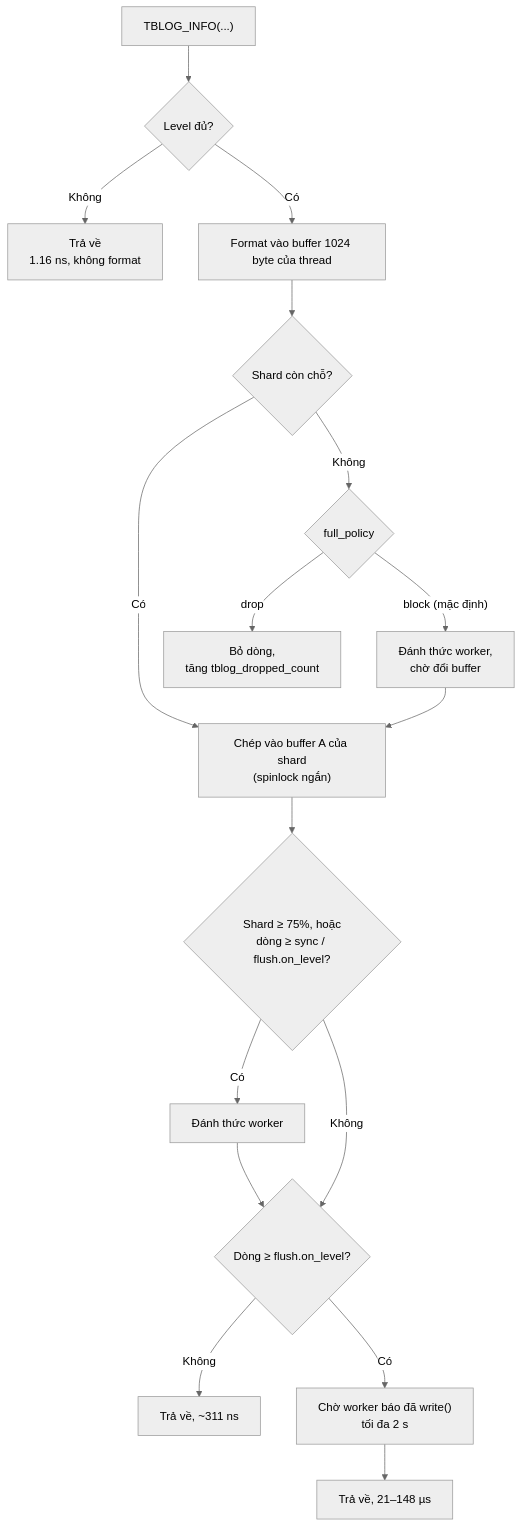
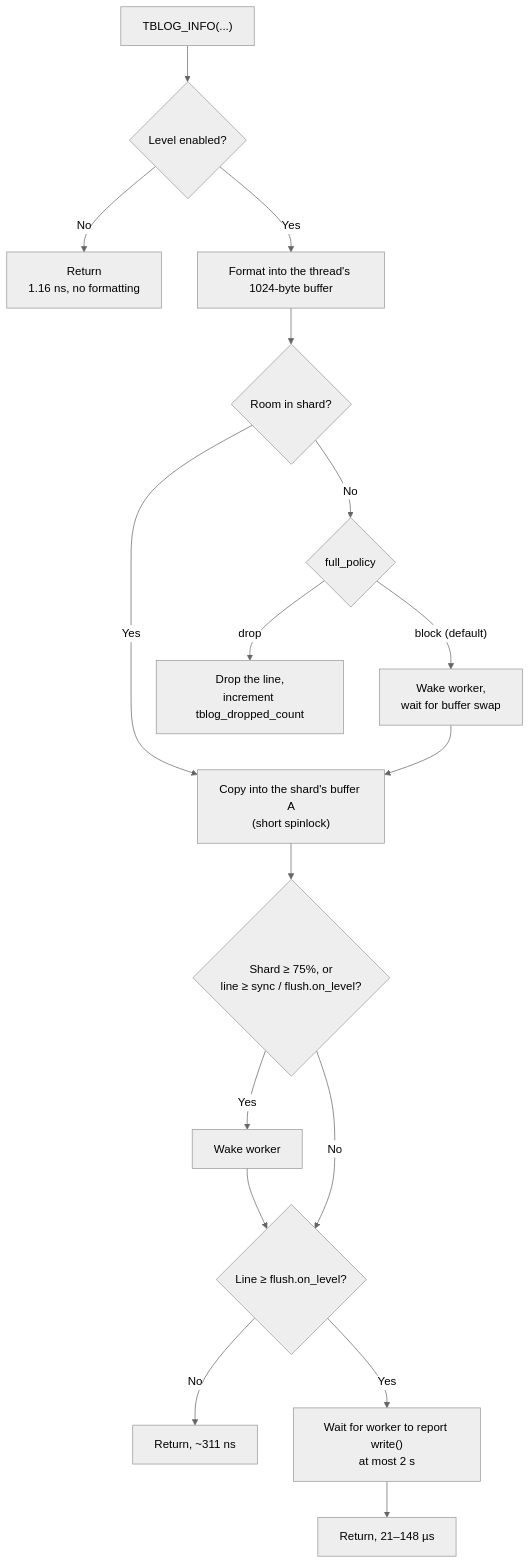
One commit to TieuBao168/tblog changed the second of 5 diagrams in docs/architecture.md. Above: the diagram before and after it, drawn with Mermaid (neutral theme). The commit also changed other lines of this file and 19 other files, not shown here.

````diff
--- a/docs/architecture.md
+++ b/docs/architecture.md
@@ -38,16 +40,16 @@
 ```mermaid
 flowchart TD
-    A["TBLOG_INFO(...)"] --> L{"Level đủ?"}
-    L -->|"Không"| X["Trả về<br/>1.16 ns, không format"]
-    L -->|"Có"| FMT["Format vào buffer 1024 byte của thread"]
-    FMT --> R{"Shard còn chỗ?"}
-    R -->|"Có"| CP["Chép vào buffer A của shard<br/>(spinlock ngắn)"]
-    R -->|"Không"| P{"full_policy"}
-    P -->|"block (mặc định)"| WT["Đánh thức worker,<br/>chờ đổi buffer"] --> CP
-    P -->|"drop"| DR["Bỏ dòng,<br/>tăng tblog_dropped_count"]
-    CP --> T{"Shard ≥ 75%, hoặc<br/>dòng ≥ sync / flush.on_level?"}
-    T -->|"Có"| WK["Đánh thức worker"] --> FL
-    T -->|"Không"| FL{"Dòng ≥ flush.on_level?"}
-    FL -->|"Không"| OK["Trả về, ~311 ns"]
-    FL -->|"Có"| WW["Chờ worker báo đã write()<br/>tối đa 2 s"] --> OK2["Trả về, 21–148 µs"]
+    A["TBLOG_INFO(...)"] --> L{"Level enabled?"}
+    L -->|"No"| X["Return<br/>1.16 ns, no formatting"]
+    L -->|"Yes"| FMT["Format into the thread's 1024-byte buffer"]
+    FMT --> R{"Room in shard?"}
+    R -->|"Yes"| CP["Copy into the shard's buffer A<br/>(short spinlock)"]
+    R -->|"No"| P{"full_policy"}
+    P -->|"block (default)"| WT["Wake worker,<br/>wait for buffer swap"] --> CP
+    P -->|"drop"| DR["Drop the line,<br/>increment tblog_dropped_count"]
+    CP --> T{"Shard ≥ 75%, or<br/>line ≥ sync / flush.on_level?"}
+    T -->|"Yes"| WK["Wake worker"] --> FL
+    T -->|"No"| FL{"Line ≥ flush.on_level?"}
+    FL -->|"No"| OK["Return, ~311 ns"]
+    FL -->|"Yes"| WW["Wait for worker to report write()<br/>at most 2 s"] --> OK2["Return, 21–148 µs"]
 ```
````
